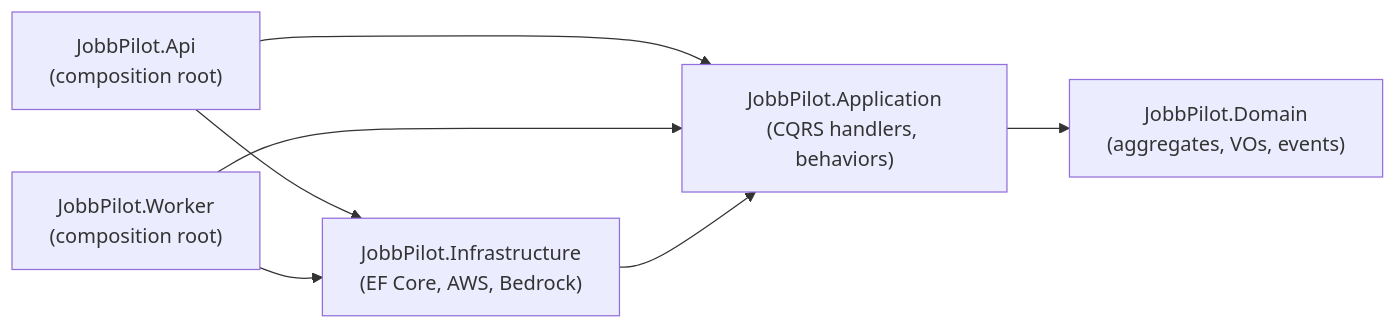
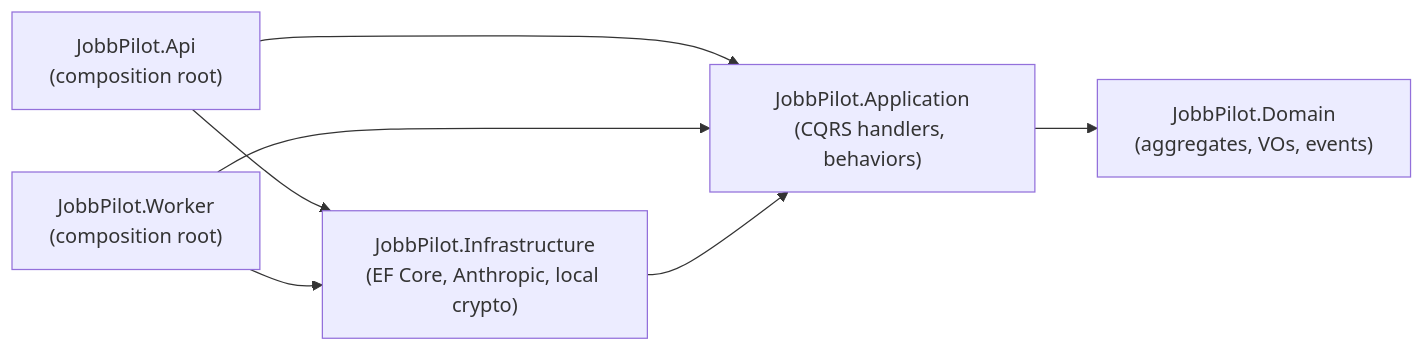
Before and after one commit to klasolsson81/jobbliggaren: the third of 3 diagrams in README.md, drawn with Mermaid. The commit also changed other lines of this file and 11 other files, not shown here.

````diff
--- a/README.md
+++ b/README.md
@@ -316,15 +309,15 @@
 ```mermaid
 flowchart LR
     Api["JobbPilot.Api<br/>(composition root)"]
     Worker["JobbPilot.Worker<br/>(composition root)"]
-    Infra["JobbPilot.Infrastructure<br/>(EF Core, AWS, Bedrock)"]
+    Infra["JobbPilot.Infrastructure<br/>(EF Core, Anthropic, local crypto)"]
     App["JobbPilot.Application<br/>(CQRS handlers, behaviors)"]
     Domain["JobbPilot.Domain<br/>(aggregates, VOs, events)"]
 
     Api --> App
     Api --> Infra
     Worker --> App
     Worker --> Infra
     Infra --> App
     App --> Domain
 ```
````
